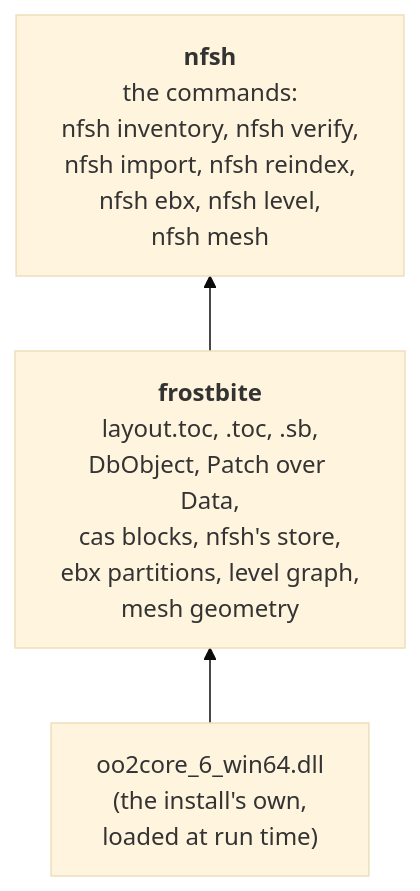
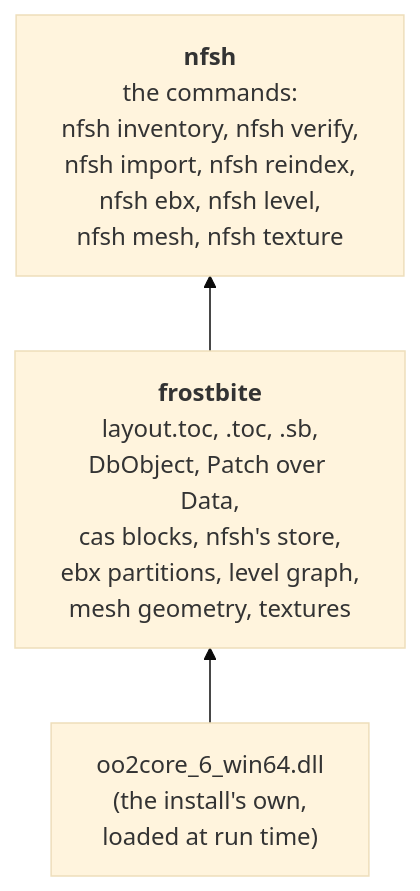
The second of 4 diagrams in docs/OVERVIEW.md (cmprssd/nfsh), drawn with Mermaid (base theme) before and after one commit. The commit also changed other lines of this file and 13 other files, not shown here.

First line of the commit message:
feat: texture headers and pixels, and nfsh texture; release 0.8.0 (#12)

````diff
--- a/docs/OVERVIEW.md
+++ b/docs/OVERVIEW.md
@@ -60,8 +60,8 @@
 ```mermaid
 flowchart BT
-    fb["<b>frostbite</b><br/>layout.toc, .toc, .sb,<br/>DbObject, Patch over Data,<br/>cas blocks, nfsh's store,<br/>ebx partitions, level graph,<br/>mesh geometry"]
+    fb["<b>frostbite</b><br/>layout.toc, .toc, .sb,<br/>DbObject, Patch over Data,<br/>cas blocks, nfsh's store,<br/>ebx partitions, level graph,<br/>mesh geometry, textures"]
     oo["oo2core_6_win64.dll<br/>(the install's own,<br/>loaded at run time)"]
-    app["<b>nfsh</b><br/>the commands:<br/>nfsh inventory, nfsh verify,<br/>nfsh import, nfsh reindex,<br/>nfsh ebx, nfsh level,<br/>nfsh mesh"]
+    app["<b>nfsh</b><br/>the commands:<br/>nfsh inventory, nfsh verify,<br/>nfsh import, nfsh reindex,<br/>nfsh ebx, nfsh level,<br/>nfsh mesh, nfsh texture"]
     oo --> fb
     fb --> app
 ```
````
